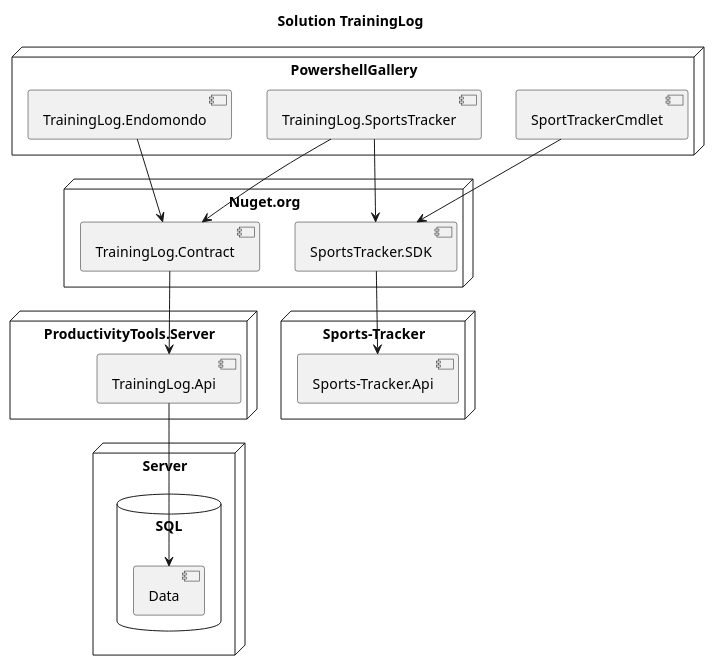
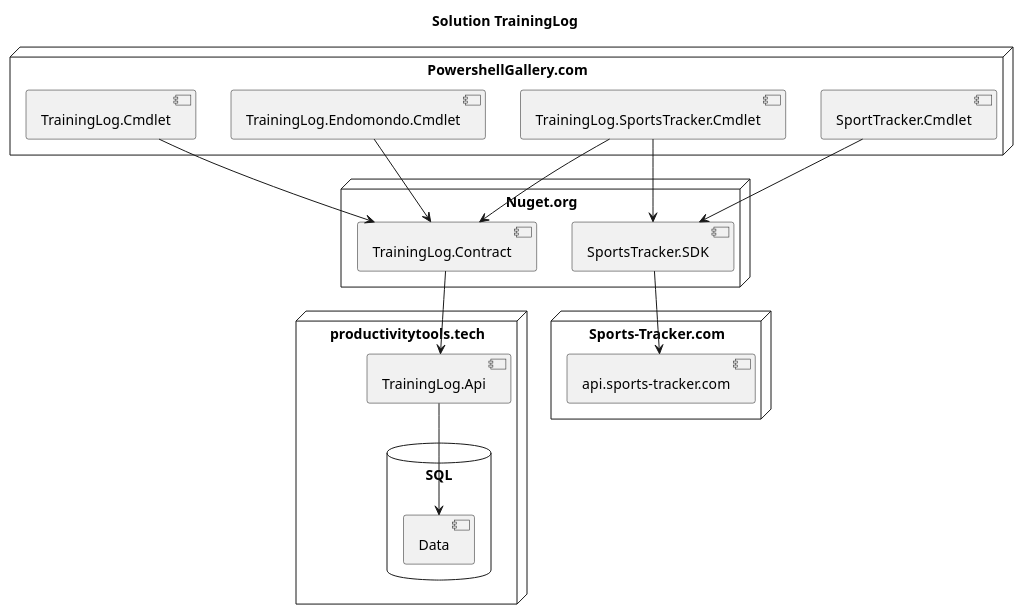
Before and after one commit to ProductivityTools-TrainingLog/ProductivityTools-TrainingLog.github.io: the diagram in Solution.wsd, drawn with PlantUML. The commit also changed 2 other files, not shown here.

```diff
--- a/Solution.wsd
+++ b/Solution.wsd
@@ -1,43 +1,43 @@
 @startuml
 
 title Solution TrainingLog
 
 node Nuget.org{
     [TrainingLog.Contract]
     [SportsTracker.SDK]
 }
 
-node PowershellGallery{
-    [TrainingLog.Endomondo]
-    [TrainingLog.SportsTracker]
-    [SportTrackerCmdlet]
+node PowershellGallery.com{
+    [TrainingLog.Endomondo.Cmdlet]
+    [TrainingLog.Cmdlet]
+    [TrainingLog.SportsTracker.Cmdlet]
+    [SportTracker.Cmdlet]
 }
 
-node Sports-Tracker{
-    [Sports-Tracker.Api]
+node [Sports-Tracker.com]{
+    [api.sports-tracker.com]
 }
 
 
-node ProductivityTools.Server{
+node [productivitytools.tech]{
     [TrainingLog.Api]
+    database "SQL\n" {
+    [Data]
+    }
 }
 
-node Server{
-    database "SQL\n" {
-    [Data]
 
-}
-
- [TrainingLog.SportsTracker] -down->[SportsTracker.SDK]
- [SportsTracker.SDK] -down->[Sports-Tracker.Api]
- [TrainingLog.Endomondo] -down->[TrainingLog.Contract]
+ [TrainingLog.SportsTracker.Cmdlet] -down->[SportsTracker.SDK]
+ [SportsTracker.SDK] -down->[api.sports-tracker.com]
+ [TrainingLog.Endomondo.Cmdlet] -down->[TrainingLog.Contract]
  [TrainingLog.Contract] -down->  [TrainingLog.Api]
- [TrainingLog.SportsTracker] -down-> [TrainingLog.Contract]
+ [TrainingLog.SportsTracker.Cmdlet] -down-> [TrainingLog.Contract]
+ [TrainingLog.Cmdlet] -down-> [TrainingLog.Contract]
  [TrainingLog.Api] -down->Data
- [SportTrackerCmdlet] -down->[SportsTracker.SDK]
+ [SportTracker.Cmdlet] -down->[SportsTracker.SDK]
  
  
 
 
 
 @enduml
```
